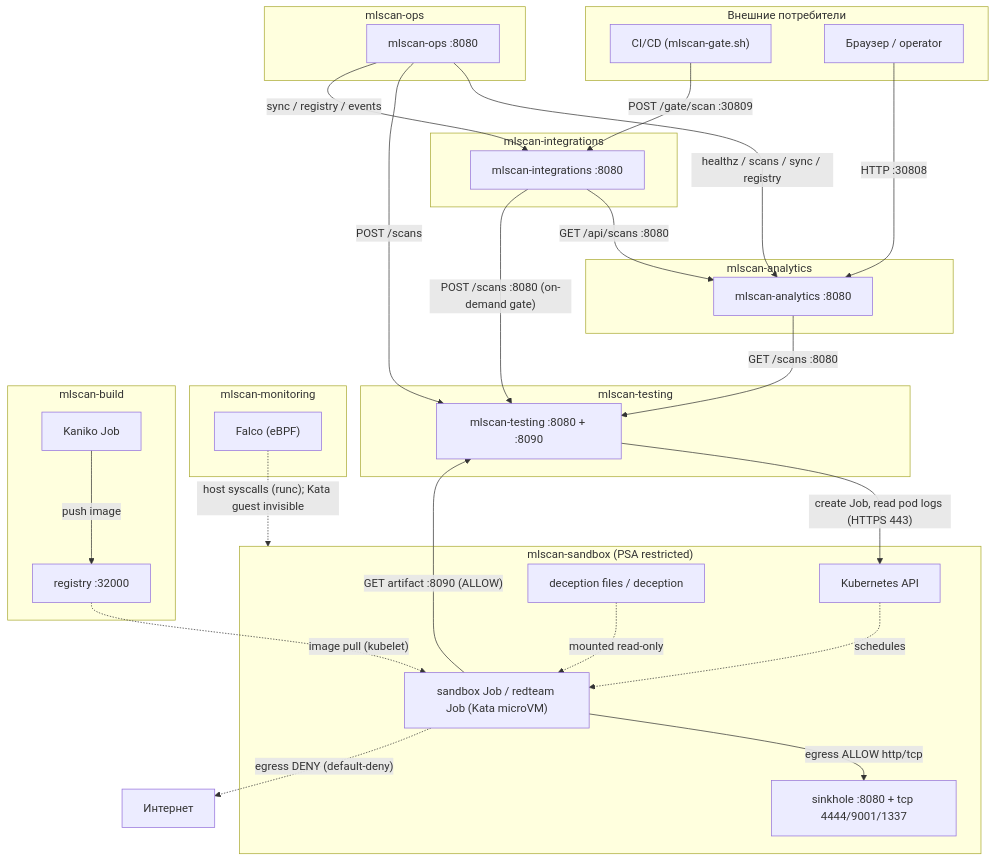
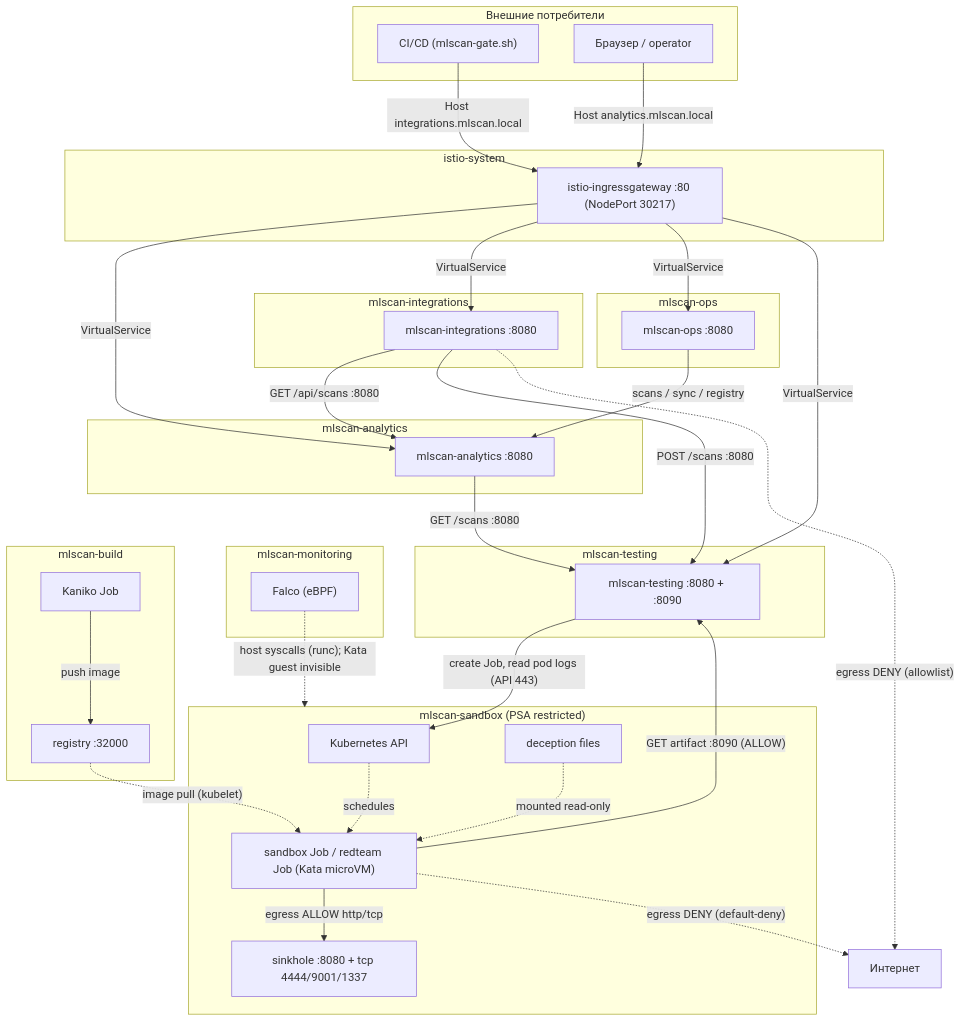
One commit to pol4/MLScan changed the first of 2 diagrams in docs/07-implemented-architecture.md. Above: the diagram before and after it, drawn with Mermaid. The commit also changed other lines of this file and 15 other files, not shown here.

Commit message:
Ingress/Egress migration: Istio Gateway + VirtualServices by host (services -> ClusterIP), egress allowlist NetworkPolicies; docs updated

````diff
--- a/docs/07-implemented-architecture.md
+++ b/docs/07-implemented-architecture.md
@@ -130,52 +130,57 @@
 ```mermaid
 flowchart TB
   subgraph EXT["Внешние потребители"]
     CI["CI/CD (mlscan-gate.sh)"]
     BR["Браузер / operator"]
   end
-
+  subgraph IGW["istio-system"]
+    GW["istio-ingressgateway :80 (NodePort 30217)"]
+  end
   subgraph INT["mlscan-integrations"]
     INTG["mlscan-integrations :8080"]
   end
   subgraph ANA["mlscan-analytics"]
     ANAL["mlscan-analytics :8080"]
   end
   subgraph TST["mlscan-testing"]
     TEST["mlscan-testing :8080 + :8090"]
   end
+  subgraph OPS["mlscan-ops"]
+    OPSD["mlscan-ops :8080"]
+  end
   subgraph SBX["mlscan-sandbox (PSA restricted)"]
     API["Kubernetes API"]
     JOB["sandbox Job / redteam Job (Kata microVM)"]
     SINK["sinkhole :8080 + tcp 4444/9001/1337"]
-    DEC["deception files / deception"]
-  end
-  subgraph OPS["mlscan-ops"]
-    OPSD["mlscan-ops :8080"]
+    DEC["deception files"]
   end
   subgraph MON["mlscan-monitoring"]
     FALCO["Falco (eBPF)"]
   end
   subgraph BLD["mlscan-build"]
     KAN["Kaniko Job"]
     REG["registry :32000"]
   end
   NET["Интернет"]
 
-  CI -->|"POST /gate/scan :30809"| INTG
-  BR -->|"HTTP :30808"| ANAL
+  BR -->|"Host analytics.mlscan.local"| GW
+  CI -->|"Host integrations.mlscan.local"| GW
+  GW -->|"VirtualService"| ANAL
+  GW -->|"VirtualService"| INTG
+  GW -->|"VirtualService"| OPSD
+  GW -->|"VirtualService"| TEST
   INTG -->|"GET /api/scans :8080"| ANAL
-  INTG -->|"POST /scans :8080 (on-demand gate)"| TEST
+  INTG -->|"POST /scans :8080"| TEST
   ANAL -->|"GET /scans :8080"| TEST
-  TEST -->|"create Job, read pod logs (HTTPS 443)"| API
+  TEST -->|"create Job, read pod logs (API 443)"| API
   API -.->|"schedules"| JOB
   JOB -->|"GET artifact :8090 (ALLOW)"| TEST
   JOB -->|"egress ALLOW http/tcp"| SINK
   JOB -.->|"egress DENY (default-deny)"| NET
+  OPSD -->|"scans / sync / registry"| ANAL
+  INTG -.->|"egress DENY (allowlist)"| NET
   DEC -.->|"mounted read-only"| JOB
-  OPSD -->|"healthz / scans / sync / registry"| ANAL
-  OPSD -->|"POST /scans"| TEST
-  OPSD -->|"sync / registry / events"| INTG
   FALCO -.->|"host syscalls (runc); Kata guest invisible"| SBX
   KAN -->|"push image"| REG
   REG -.->|"image pull (kubelet)"| JOB
 ```
````
